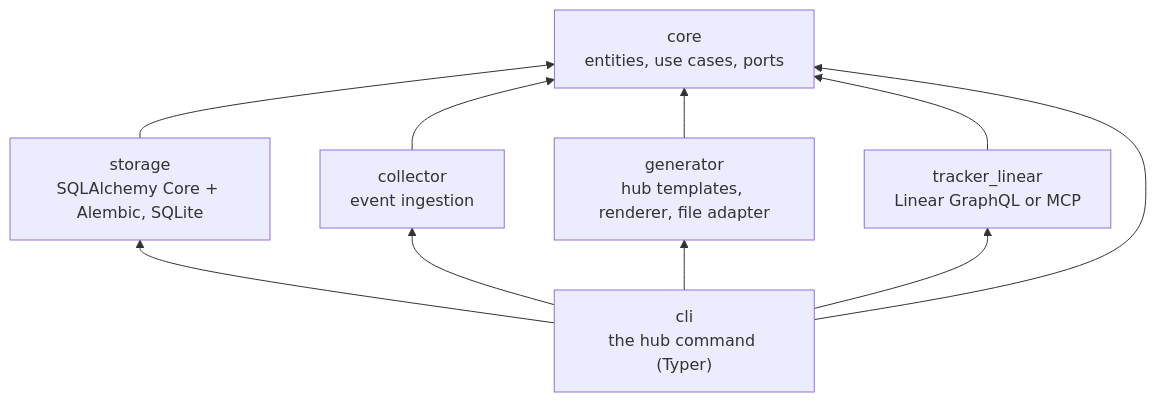
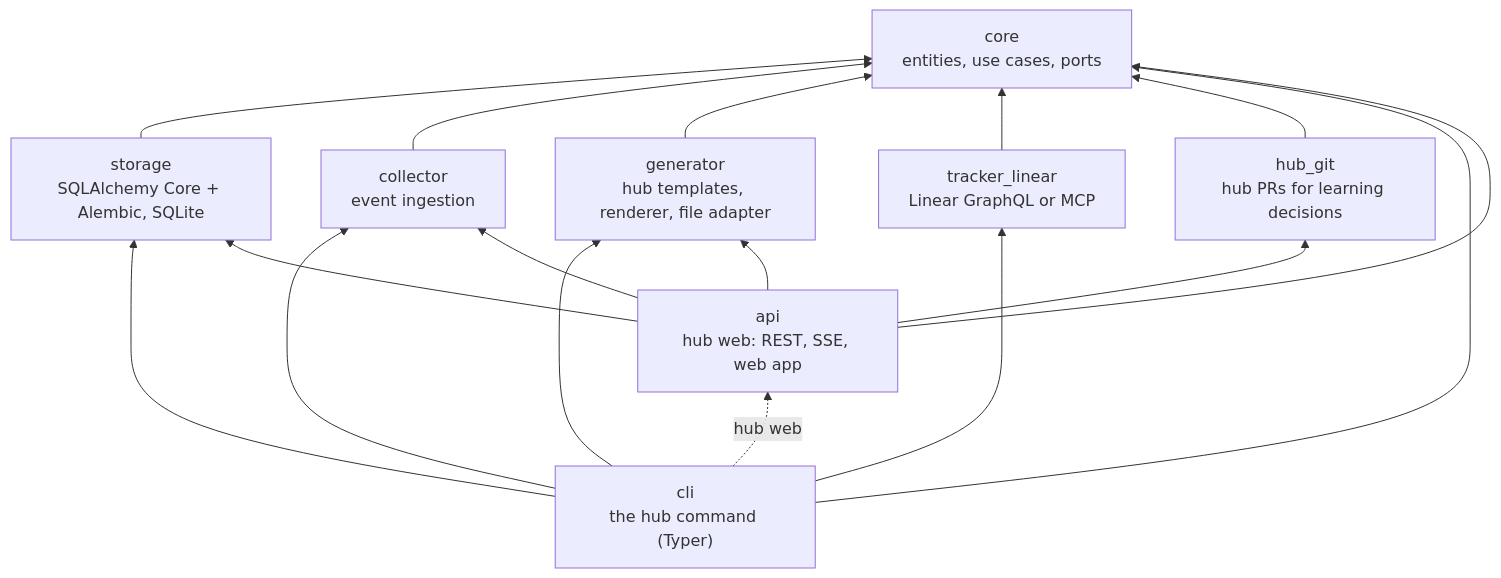
One commit to jroquette/agent-hub changed the third of 3 diagrams in README.md. Above: the diagram before and after it, drawn with Mermaid. The commit also changed other lines of this file and 9 other files, not shown here.

````diff
--- a/README.md
+++ b/README.md
@@ -728,12 +728,19 @@
 ```mermaid
 flowchart BT
   storage["storage<br/>SQLAlchemy Core + Alembic, SQLite"] --> core["core<br/>entities, use cases, ports"]
   collector["collector<br/>event ingestion"] --> core
   generator["generator<br/>hub templates, renderer, file adapter"] --> core
   tracker["tracker_linear<br/>Linear GraphQL or MCP"] --> core
+  hubgit["hub_git<br/>hub PRs for learning decisions"] --> core
   cli["cli<br/>the hub command (Typer)"] --> core
   cli --> storage
   cli --> collector
   cli --> generator
   cli --> tracker
+  api["api<br/>hub web: REST, SSE, web app"] --> core
+  api --> storage
+  api --> collector
+  api --> generator
+  api --> hubgit
+  cli -. "hub web" .-> api
 ```
````
